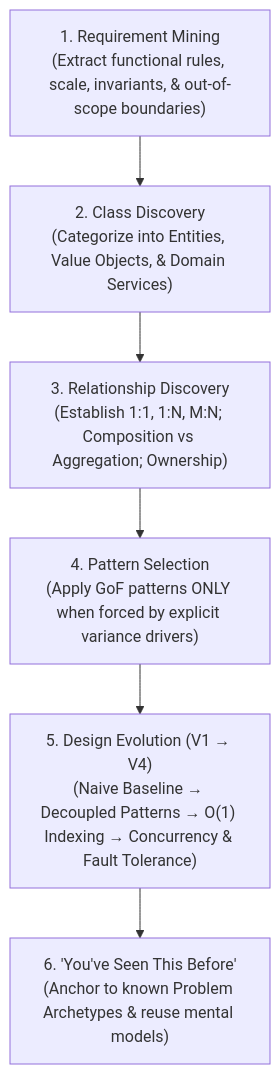
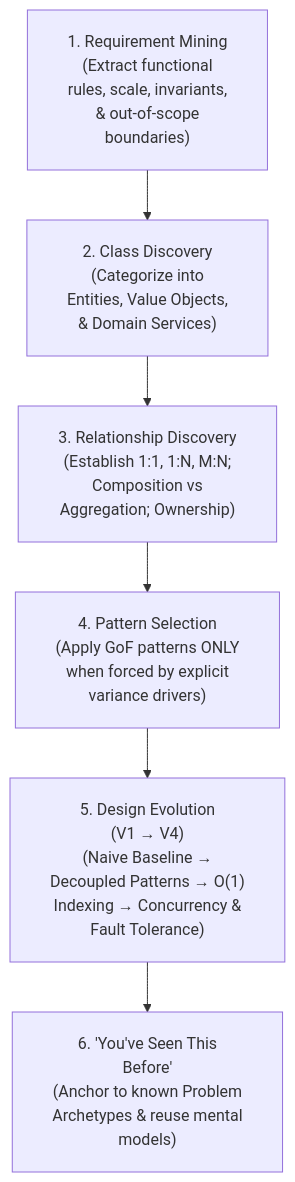
The first of 4 diagrams in LLD/00_Core_Concepts/06_Interview_Execution_Framework.md (dip4k/DSA_102), drawn with Mermaid before and after one commit. The commit also changed other lines of this file and 108 other files, not shown here.

First line of the commit message:
fix(mermaid): resolve diagram clipping, padding, and syntax issues across repo

````diff
--- a/LLD/00_Core_Concepts/06_Interview_Execution_Framework.md
+++ b/LLD/00_Core_Concepts/06_Interview_Execution_Framework.md
@@ -13,8 +13,9 @@
 ```mermaid
+%%{init: {"flowchart": {"htmlLabels": true, "padding": 20}}}%%
 flowchart TD
-    S1["1. Requirement Mining<br/>(Extract functional rules, scale, invariants, & out-of-scope boundaries)"] --> S2["2. Class Discovery<br/>(Categorize into Entities, Value Objects, & Domain Services)"]
-    S2 --> S3["3. Relationship Discovery<br/>(Establish 1:1, 1:N, M:N; Composition vs Aggregation; Ownership)"]
-    S3 --> S4["4. Pattern Selection<br/>(Apply GoF patterns ONLY when forced by explicit variance drivers)"]
-    S4 --> S5["5. Design Evolution (V1 → V4)<br/>(Naive Baseline → Decoupled Patterns → O(1) Indexing → Concurrency & Fault Tolerance)"]
-    S5 --> S6["6. 'You've Seen This Before'<br/>(Anchor to known Problem Archetypes & reuse mental models)"]
+    S1["1. Requirement Mining<br/>(Extract functional<br/>rules, scale, invariants,<br/>& out-of-scope<br/>boundaries)"] --> S2["2. Class Discovery<br/>(Categorize into<br/>Entities, Value Objects,<br/>& Domain Services)"]
+    S2 --> S3["3. Relationship Discovery<br/>(Establish 1:1, 1:N, M:N;<br/>Composition vs<br/>Aggregation; Ownership)"]
+    S3 --> S4["4. Pattern Selection<br/>(Apply GoF patterns ONLY<br/>when forced by explicit<br/>variance drivers)"]
+    S4 --> S5["5. Design Evolution<br/>(V1 → V4)<br/>(Naive Baseline →<br/>Decoupled Patterns → O(1)<br/>Indexing → Concurrency &<br/>Fault Tolerance)"]
+    S5 --> S6["6. 'You've Seen This<br/>Before'<br/>(Anchor to known Problem<br/>Archetypes & reuse mental<br/>models)"]
 ```
````
